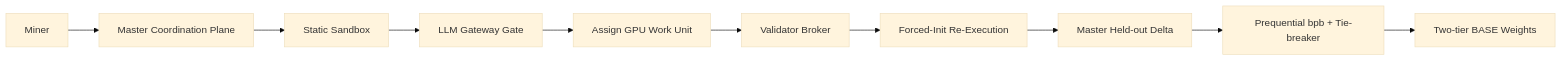
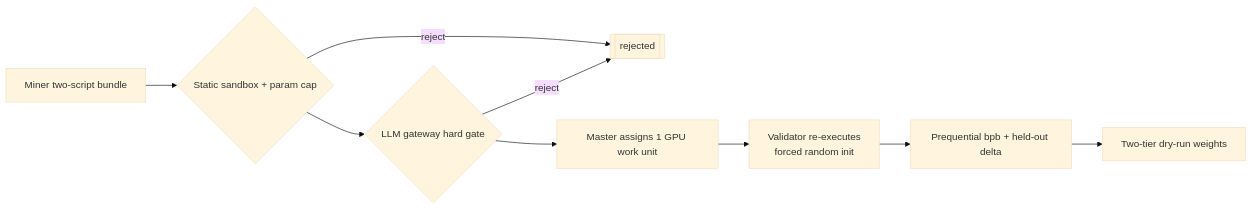
Before and after one commit to BaseIntelligence/prism: the diagram in README.md, drawn with Mermaid (base theme). The commit also changed other lines of this file and 10 other files, not shown here.

First line of the commit message:
docs(prism): slim README and tighten docs with mermaid + doc links

````diff
--- a/README.md
+++ b/README.md
@@ -118,12 +40,11 @@
 ```mermaid
 flowchart LR
-    Miner[Miner] --> Master[Master Coordination Plane]
-    Master --> Static[Static Sandbox]
-    Static --> LLM[LLM Gateway Gate]
-    LLM --> Assign[Assign GPU Work Unit]
-    Assign --> Validator[Validator Broker]
-    Validator --> Reexec[Forced-Init Re-Execution]
-    Reexec --> Heldout[Master Held-out Delta]
-    Heldout --> Score[Prequential bpb + Tie-breaker]
-    Score --> Weights[Two-tier BASE Weights]
+    M[Miner two-script bundle] --> G{Static sandbox + param cap}
+    G -- reject --> X[[rejected]]
+    G --> L{LLM gateway hard gate}
+    L -- reject --> X
+    L --> A[Master assigns 1 GPU work unit]
+    A --> V[Validator re-executes<br/>forced random init]
+    V --> S[Prequential bpb + held-out delta]
+    S --> W[Two-tier dry-run weights]
 ```
````
